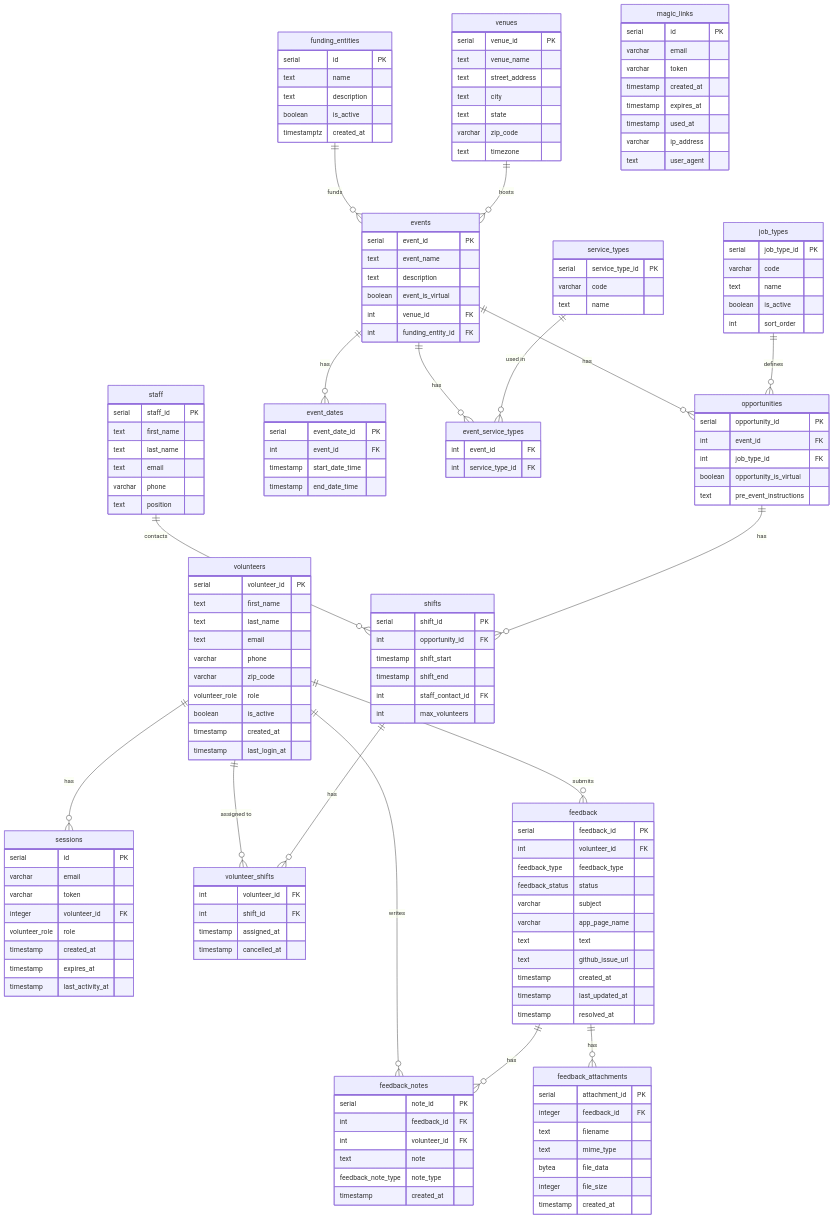
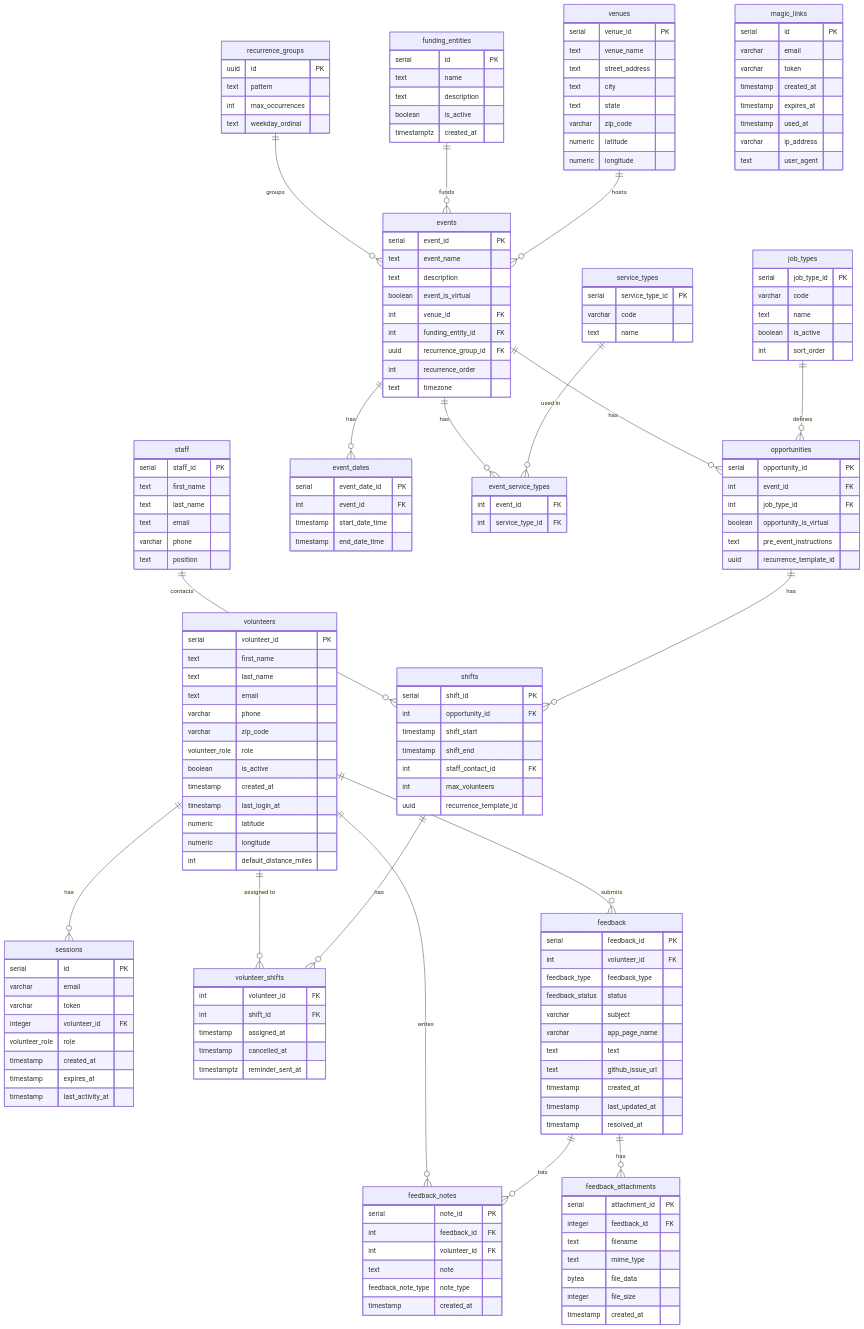
One commit to KathySnider/volunteer-scheduler changed the diagram in database/README.md. Above: the diagram before and after it, drawn with Mermaid. The commit also changed 19 other files, not shown here.

```diff
--- a/database/README.md
+++ b/database/README.md
@@ -24,7 +24,8 @@
     text city
     text state
     varchar zip_code
-    text timezone
+    numeric latitude
+    numeric longitude
   }
   funding_entities {
     serial id PK
@@ -32,6 +33,12 @@
     text description
     boolean is_active
     timestamptz created_at
+  }
+  recurrence_groups {
+    uuid id PK
+    text pattern
+    int max_occurrences
+    text weekday_ordinal
   }
   volunteers {
     serial volunteer_id PK
@@ -44,6 +51,9 @@
     boolean is_active
     timestamp created_at
     timestamp last_login_at
+    numeric latitude
+    numeric longitude
+    int default_distance_miles
   }
   staff {
     serial staff_id PK
@@ -80,6 +90,9 @@
     boolean event_is_virtual
     int venue_id FK
     int funding_entity_id FK
+    uuid recurrence_group_id FK
+    int recurrence_order
+    text timezone
   }
   event_dates {
     serial event_date_id PK
@@ -109,6 +122,7 @@
     int job_type_id FK
     boolean opportunity_is_virtual
     text pre_event_instructions
+    uuid recurrence_template_id
   }
   shifts {
     serial shift_id PK
@@ -117,12 +131,14 @@
     timestamp shift_end
     int staff_contact_id FK
     int max_volunteers
+    uuid recurrence_template_id
   }
   volunteer_shifts {
     int volunteer_id FK
     int shift_id FK
     timestamp assigned_at
     timestamp cancelled_at
+    timestamptz reminder_sent_at
   }
   feedback {
     serial feedback_id PK
@@ -155,6 +171,7 @@
     timestamp created_at
   }
 
+  recurrence_groups ||--o{ events : "groups"
   funding_entities ||--o{ events : "funds"
   venues ||--o{ events : "hosts"
   volunteers ||--o{ sessions : "has"
```
